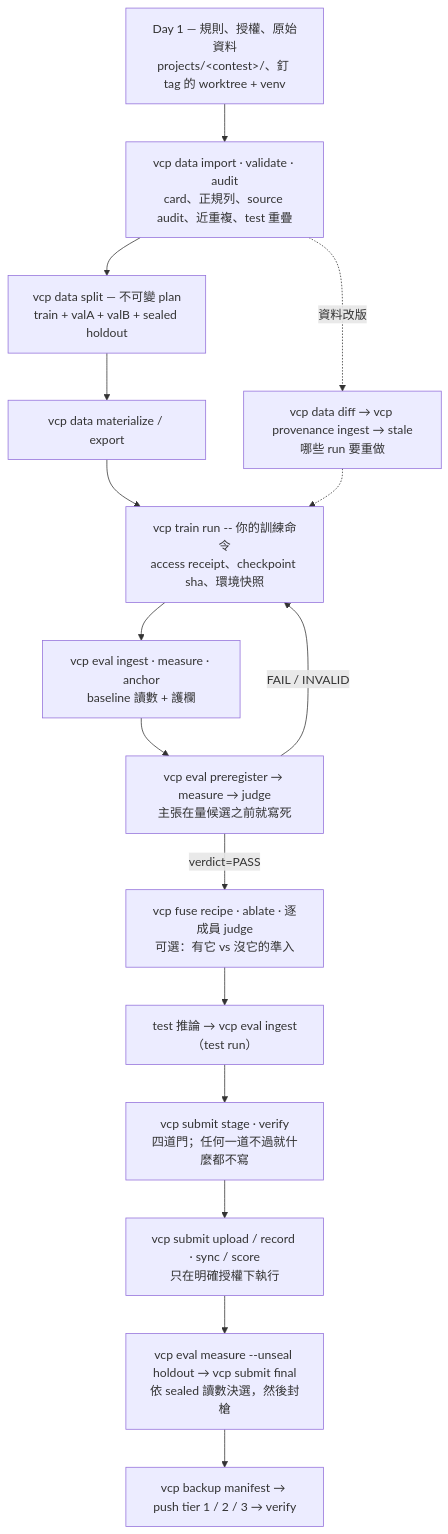
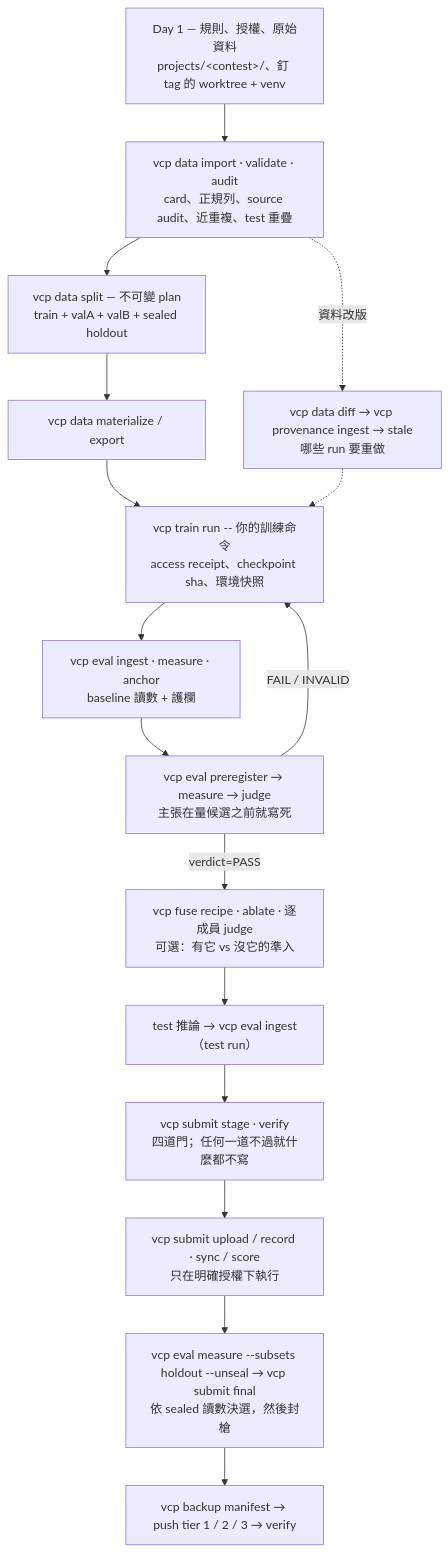
The diagram in README.zh-TW.md (eric20041027/Vision-contest-pipeline), drawn with Mermaid before and after one commit. The commit also changed other lines of this file and 5 other files, not shown here.

````diff
--- a/README.zh-TW.md
+++ b/README.zh-TW.md
@@ -56,18 +89,18 @@
 ```mermaid
 flowchart TD
     A["Day 1 — 規則、授權、原始資料<br/>projects/&lt;contest&gt;/、釘 tag 的 worktree + venv"] --> B["vcp data import · validate · audit<br/>card、正規列、source audit、近重複、test 重疊"]
     B --> C["vcp data split — 不可變 plan<br/>train + valA + valB + sealed holdout"]
     C --> D["vcp data materialize / export"]
     D --> E["vcp train run -- 你的訓練命令<br/>access receipt、checkpoint sha、環境快照"]
     E --> F["vcp eval ingest · measure · anchor<br/>baseline 讀數 + 護欄"]
     F --> G["vcp eval preregister → measure → judge<br/>主張在量候選之前就寫死"]
     G -- "verdict=PASS" --> H["vcp fuse recipe · ablate · 逐成員 judge<br/>可選：有它 vs 沒它的準入"]
     G -- "FAIL / INVALID" --> E
     H --> I["test 推論 → vcp eval ingest（test run）"]
     I --> J["vcp submit stage · verify<br/>四道門；任何一道不過就什麼都不寫"]
     J --> K["vcp submit upload / record · sync / score<br/>只在明確授權下執行"]
-    K --> L["vcp eval measure --unseal holdout → vcp submit final<br/>依 sealed 讀數決選，然後封槍"]
+    K --> L["vcp eval measure --subsets holdout --unseal → vcp submit final<br/>依 sealed 讀數決選，然後封槍"]
     L --> M["vcp backup manifest → push tier 1 / 2 / 3 → verify"]
     B -. "資料改版" .-> N["vcp data diff → vcp provenance ingest → stale<br/>哪些 run 要重做"]
     N -.-> E
 ```
````
